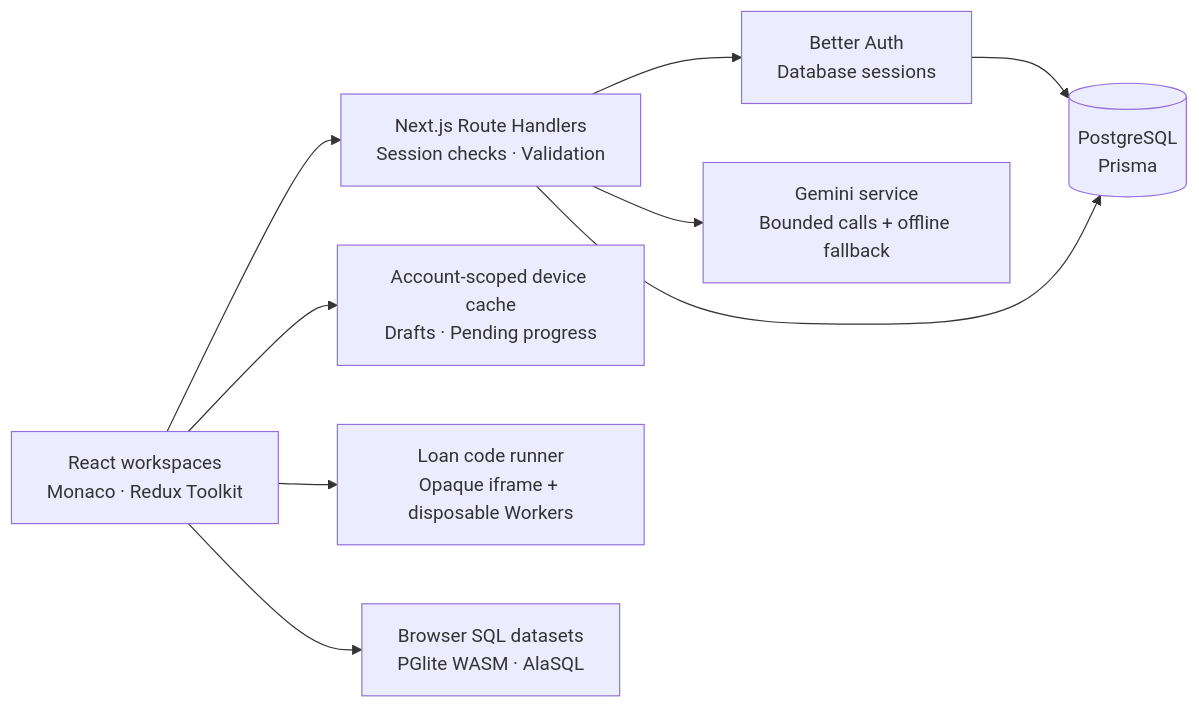
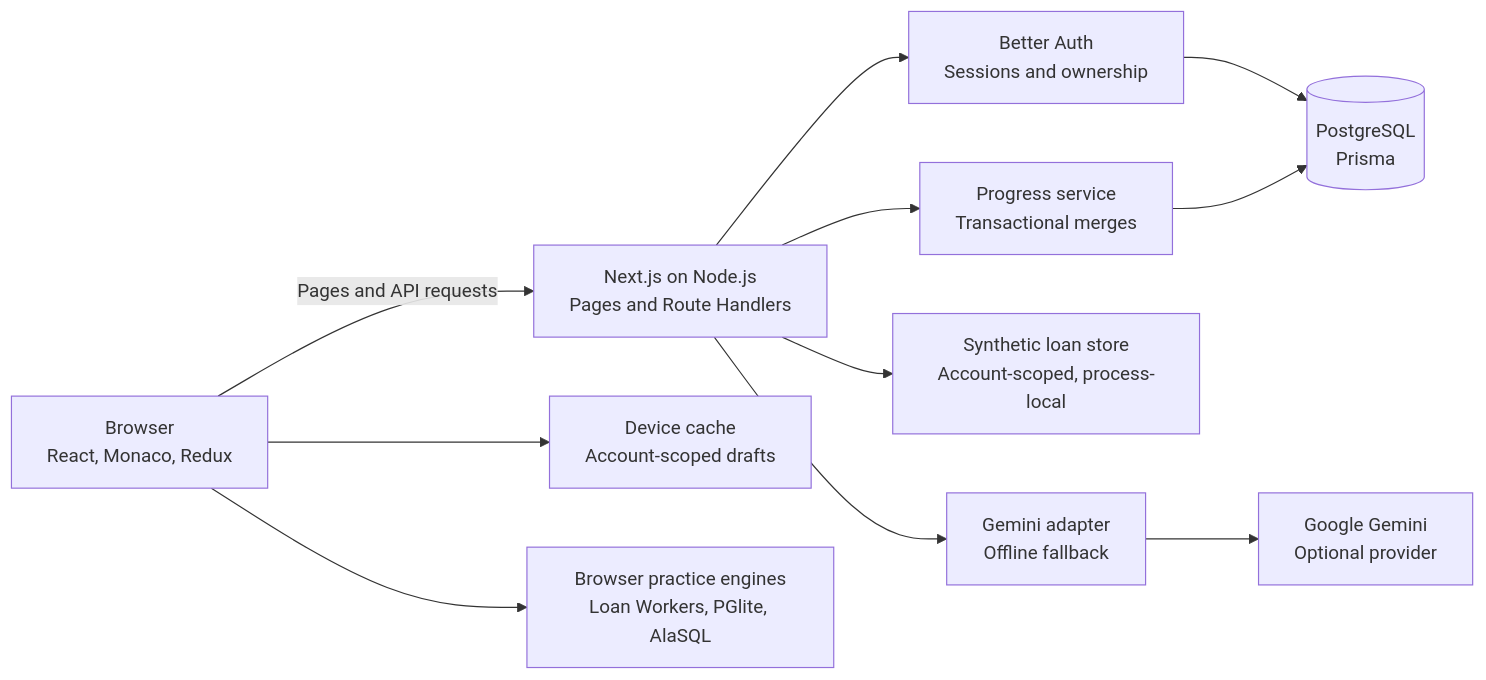
Before and after one commit to Mr-Elegant/Road-To-Senior-dev-Simulator: the first of 5 diagrams in README.md, drawn with Mermaid. The commit also changed other lines of this file and 25 other files, not shown here.

````diff
--- a/README.md
+++ b/README.md
@@ -50,11 +116,23 @@
 ```mermaid
 flowchart LR
-    UI["React workspaces<br/>Monaco · Redux Toolkit"] --> API["Next.js Route Handlers<br/>Session checks · Validation"]
-    UI --> CACHE["Account-scoped device cache<br/>Drafts · Pending progress"]
-    UI --> LAB["Loan code runner<br/>Opaque iframe + disposable Workers"]
-    UI --> SQL["Browser SQL datasets<br/>PGlite WASM · AlaSQL"]
-    API --> AUTH["Better Auth<br/>Database sessions"]
-    AUTH --> DB[("PostgreSQL<br/>Prisma")]
-    API --> DB
-    API --> AI["Gemini service<br/>Bounded calls + offline fallback"]
+    UI["Browser<br/>React, Monaco, Redux"]
+    APP["Next.js on Node.js<br/>Pages and Route Handlers"]
+    CACHE["Device cache<br/>Account-scoped drafts"]
+    EXEC["Browser practice engines<br/>Loan Workers, PGlite, AlaSQL"]
+    AUTH["Better Auth<br/>Sessions and ownership"]
+    PROGRESS["Progress service<br/>Transactional merges"]
+    MOCK["Synthetic loan store<br/>Account-scoped, process-local"]
+    AI["Gemini adapter<br/>Offline fallback"]
+    DB[("PostgreSQL<br/>Prisma")]
+    PROVIDER["Google Gemini<br/>Optional provider"]
+    UI -->|Pages and API requests| APP
+    UI --> CACHE
+    UI --> EXEC
+    APP --> AUTH
+    APP --> PROGRESS
+    APP --> MOCK
+    APP --> AI
+    AUTH --> DB
+    PROGRESS --> DB
+    AI --> PROVIDER
 ```
````
